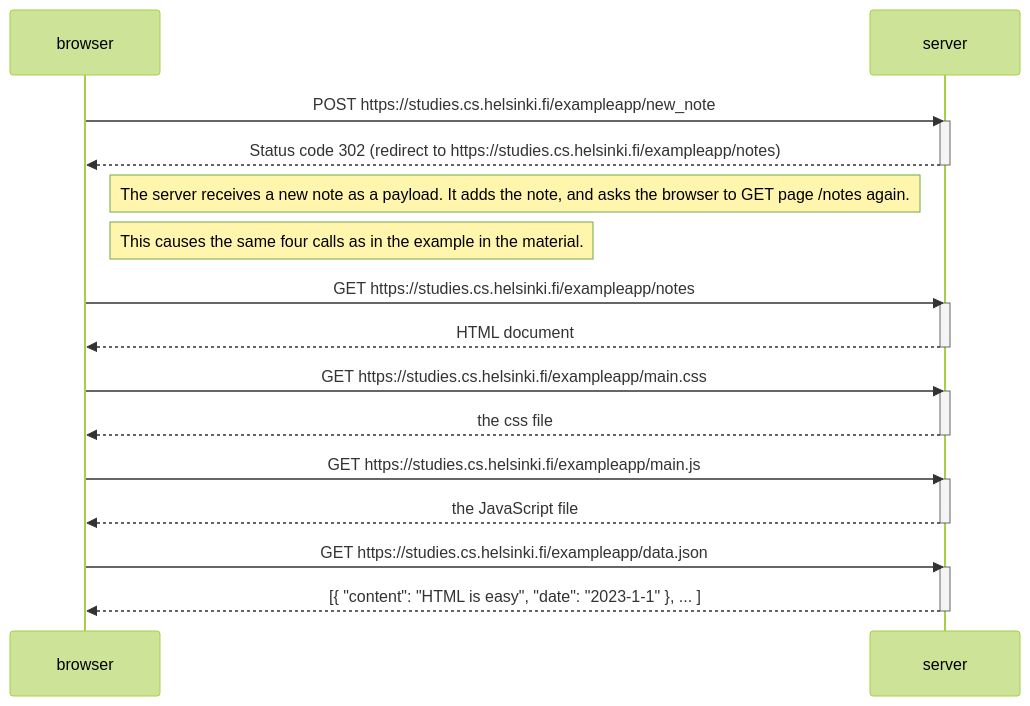
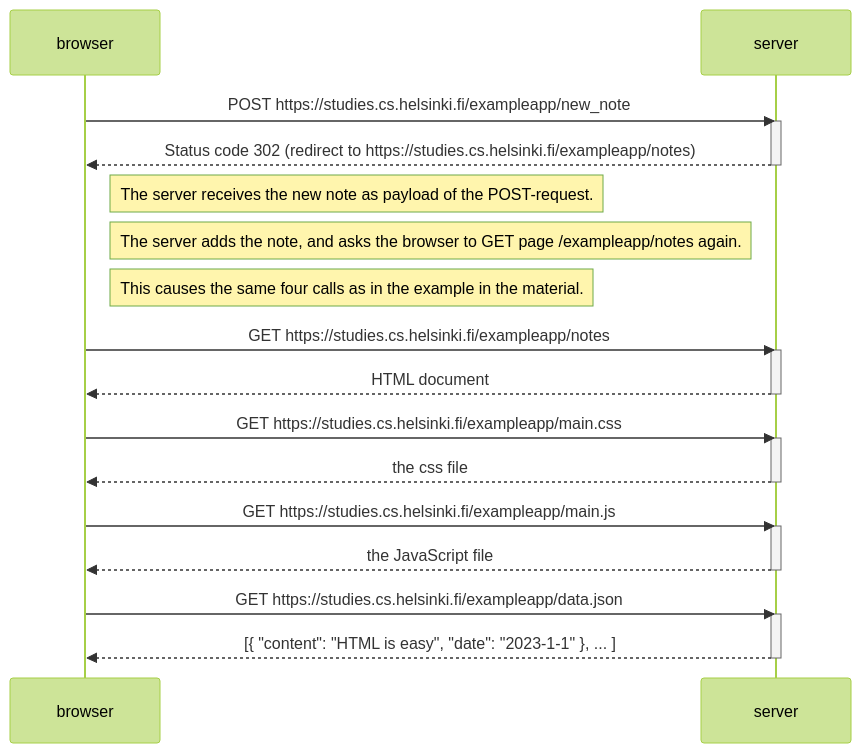
One commit to maaksuw/fullstack-exercises changed the diagram in osa-0/04.md. Above: the diagram before and after it, drawn with Mermaid (forest theme).

````diff
--- a/osa-0/04.md
+++ b/osa-0/04.md
@@ -1,34 +1,35 @@
 ```mermaid
 sequenceDiagram
     participant browser
     participant server
     
     browser->>server: POST https://studies.cs.helsinki.fi/exampleapp/new_note
     activate server
     server-->>browser: Status code 302 (redirect to https://studies.cs.helsinki.fi/exampleapp/notes)
     deactivate server
     
-    Note right of browser: The server receives a new note as a payload. It adds the note, and asks the browser to GET page /notes again. 
+    Note right of browser: The server receives the new note as payload of the POST-request. 
+    Note right of browser: The server adds the note, and asks the browser to GET page /exampleapp/notes again. 
     Note right of browser: This causes the same four calls as in the example in the material.
     
     browser->>server: GET https://studies.cs.helsinki.fi/exampleapp/notes
     activate server
     server-->>browser: HTML document
     deactivate server
     
     browser->>server: GET https://studies.cs.helsinki.fi/exampleapp/main.css
     activate server
     server-->>browser: the css file
     deactivate server
     
     browser->>server: GET https://studies.cs.helsinki.fi/exampleapp/main.js
     activate server
     server-->>browser: the JavaScript file
     deactivate server
     
     browser->>server: GET https://studies.cs.helsinki.fi/exampleapp/data.json
     activate server
     server-->>browser: [{ "content": "HTML is easy", "date": "2023-1-1" }, ... ]
     deactivate server    
 
 ```
````
